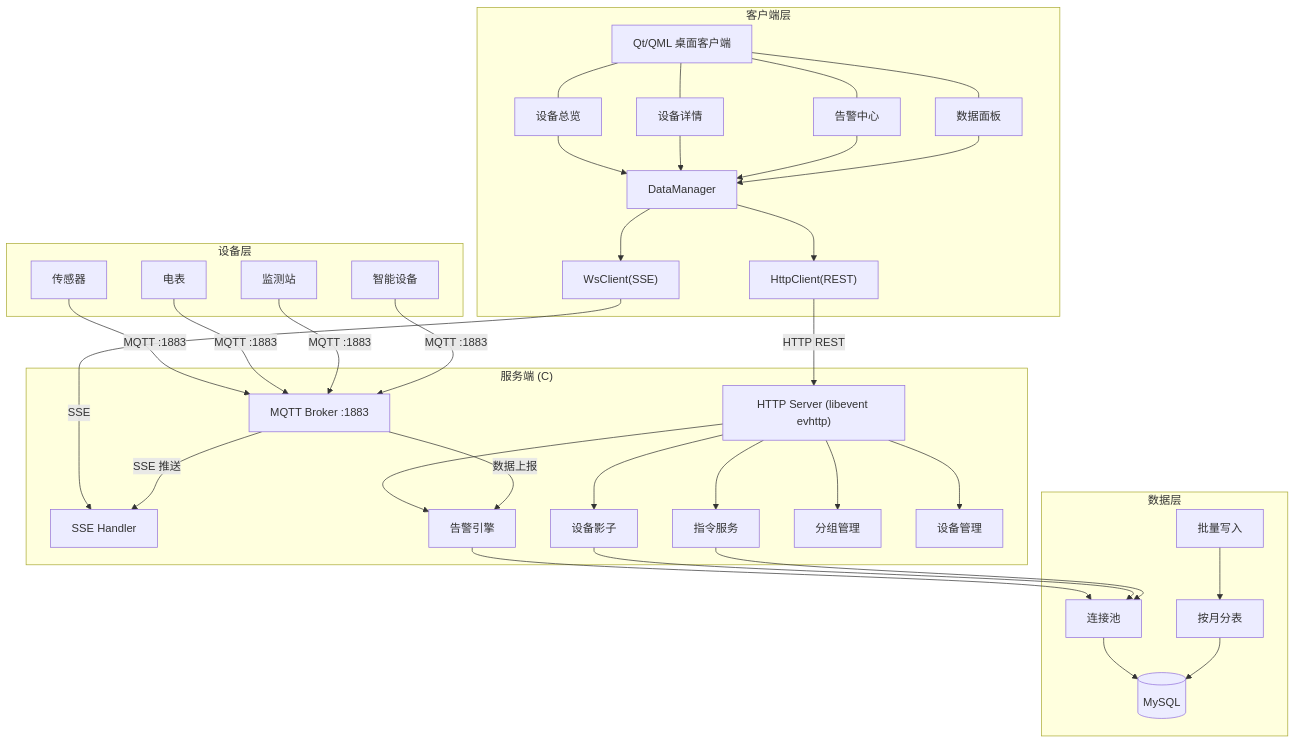
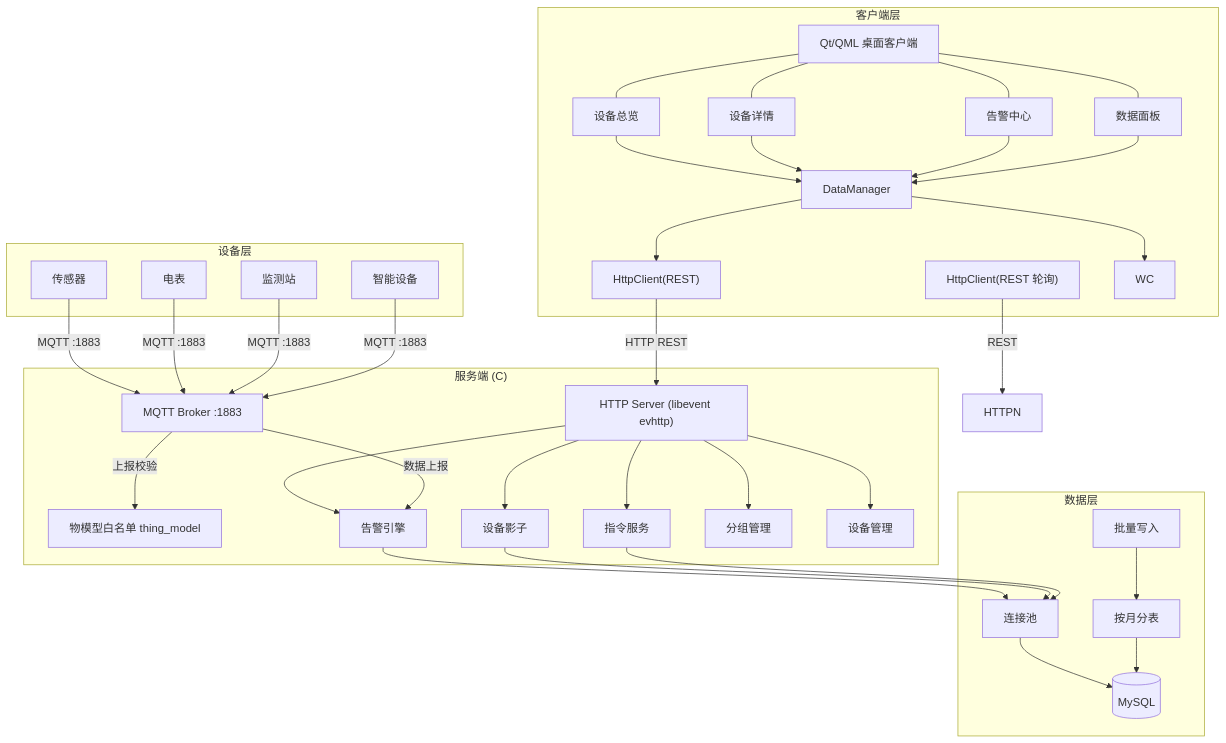
Before and after one commit to Lab0x-Embedded/iotsystem: the first of 8 diagrams in docs/E2_架构图集.md, drawn with Mermaid. The commit also changed other lines of this file and 6 other files, not shown here.

Commit message:
docs: 全量对齐当前实现 — MQTT 协议 v3(白名单/OneJSON/踢线/QoS1)、API 补 product/prop_*/query_latest、ER 补 product_properties、技术方案与架构图集移除虚构 SSE、新增 KNOWN_ISSUES 审计清单

````diff
--- a/docs/E2_架构图集.md
+++ b/docs/E2_架构图集.md
@@ -10,51 +10,51 @@
 ```mermaid
 graph TB
     subgraph Client["客户端层"]
         UI["Qt/QML 桌面客户端"]
         P1["设备总览"]
         P2["设备详情"]
         P3["告警中心"]
         P4["数据面板"]
         DM["DataManager"]
         HC["HttpClient(REST)"]
-        WC["WsClient(SSE)"]
+        HC2["HttpClient(REST 轮询)"]
         UI --- P1 & P2 & P3 & P4
         P1 & P2 & P3 & P4 --> DM
         DM --> HC & WC
     end
 
     subgraph Server["服务端 (C)"]
         HTTP["HTTP Server (libevent evhttp)"]
-        SSE["SSE Handler"]
+        TM["物模型白名单 thing_model"]
         MQTT["MQTT Broker :1883"]
         ALARM["告警引擎"]
         SHADOW["设备影子"]
         CMD["指令服务"]
         GP["分组管理"]
         DMGR["设备管理"]
     end
 
     subgraph Data["数据层"]
         DB[("MySQL")]
         POOL["连接池"]
         WRITER["批量写入"]
         SHARD["按月分表"]
         POOL --> DB
         WRITER --> SHARD --> DB
     end
 
     subgraph Devices["设备层"]
         D1["传感器"]
         D2["电表"]
         D3["监测站"]
         D4["智能设备"]
     end
 
     HC -->|"HTTP REST"| HTTP
-    WC -->|"SSE"| SSE
+    HC2 -->|"REST"| HTTPN
     HTTP --> ALARM & SHADOW & CMD & GP & DMGR
     MQTT -->|"数据上报"| ALARM
-    MQTT -->|"SSE 推送"| SSE
+    MQTT -->|"上报校验"| TM
     ALARM & SHADOW & CMD --> POOL
     D1 & D2 & D3 & D4 -->|"MQTT :1883"| MQTT
 ```
````
